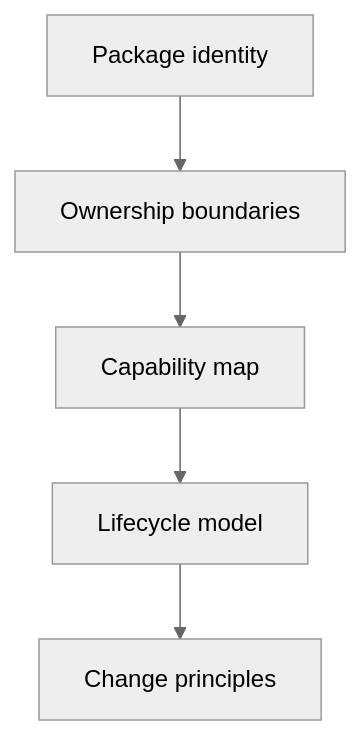
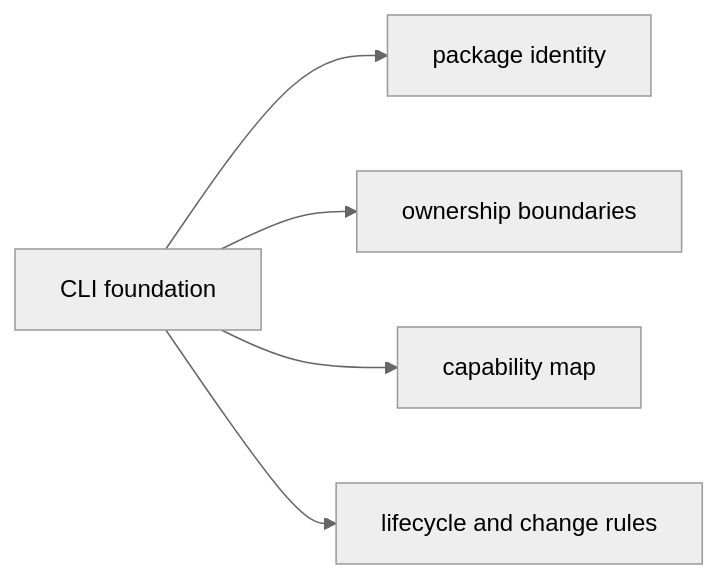
The diagram in docs/bijux-cli/foundation/index.md (bijux/bijux-cli), drawn with Mermaid (neutral theme) before and after one commit. The commit also changed other lines of this file, not shown here.

Commit message:
docs(cli-foundation): simplify the command foundation entry

````diff
--- a/docs/bijux-cli/foundation/index.md
+++ b/docs/bijux-cli/foundation/index.md
@@ -18,7 +18,7 @@
 ```mermaid
-flowchart TD
-    identity["Package identity"] --> boundaries["Ownership boundaries"]
-    boundaries --> capability["Capability map"]
-    capability --> lifecycle["Lifecycle model"]
-    lifecycle --> principles["Change principles"]
+flowchart LR
+    foundation["CLI foundation"] --> identity["package identity"]
+    foundation --> boundaries["ownership boundaries"]
+    foundation --> capability["capability map"]
+    foundation --> lifecycle["lifecycle and change rules"]
 ```
````
